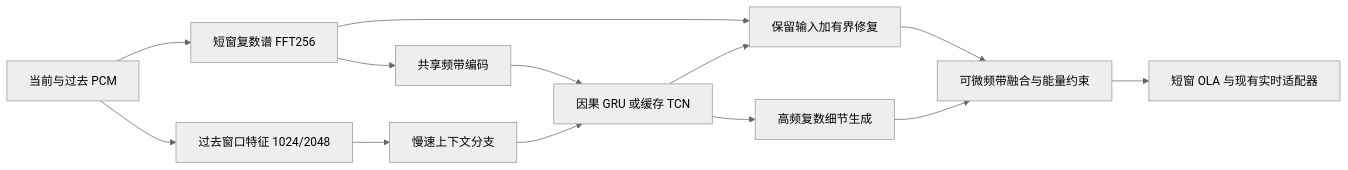
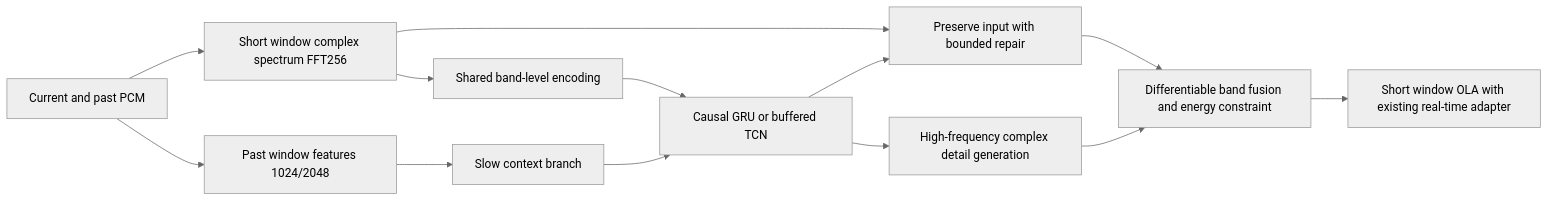
The diagram in docs/architecture-reset-20261011.md (backrunner/soundex), drawn with Mermaid (neutral theme) before and after one commit. The commit also changed other lines of this file and 65 other files, not shown here.

````diff
--- a/docs/architecture-reset-20261011.md
+++ b/docs/architecture-reset-20261011.md
@@ -65,15 +61,15 @@
 ```mermaid
 flowchart LR
-    PCM[当前与过去 PCM] --> S[短窗复数谱 FFT256]
-    PCM --> L[过去窗口特征 1024/2048]
-    S --> E[共享频带编码]
-    L --> C[慢速上下文分支]
-    E --> T[因果 GRU 或缓存 TCN]
+    PCM[Current and past PCM] --> S[Short window complex spectrum FFT256]
+    PCM --> L[Past window features 1024/2048]
+    S --> E[Shared band-level encoding]
+    L --> C[Slow context branch]
+    E --> T[Causal GRU or buffered TCN]
     C --> T
-    S --> R[保留输入加有界修复]
+    S --> R[Preserve input with bounded repair]
     T --> R
-    T --> H[高频复数细节生成]
-    R --> F[可微频带融合与能量约束]
+    T --> H[High-frequency complex detail generation]
+    R --> F[Differentiable band fusion and energy constraint]
     H --> F
-    F --> O[短窗 OLA 与现有实时适配器]
+    F --> O[Short window OLA with existing real-time adapter]
 ```
````
